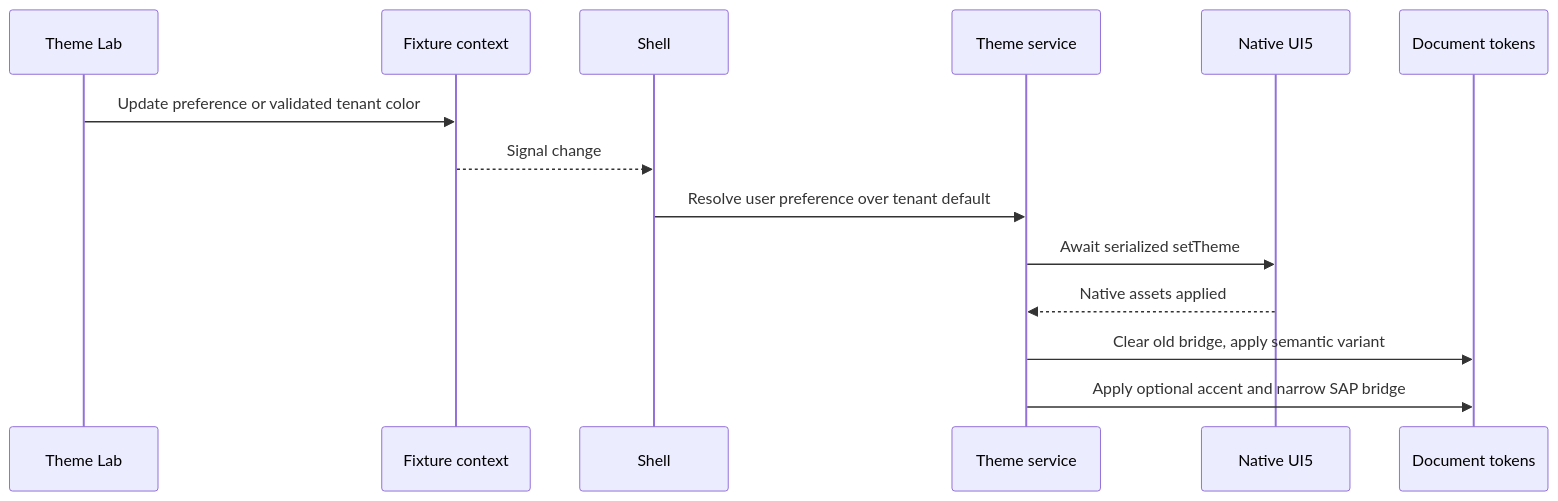
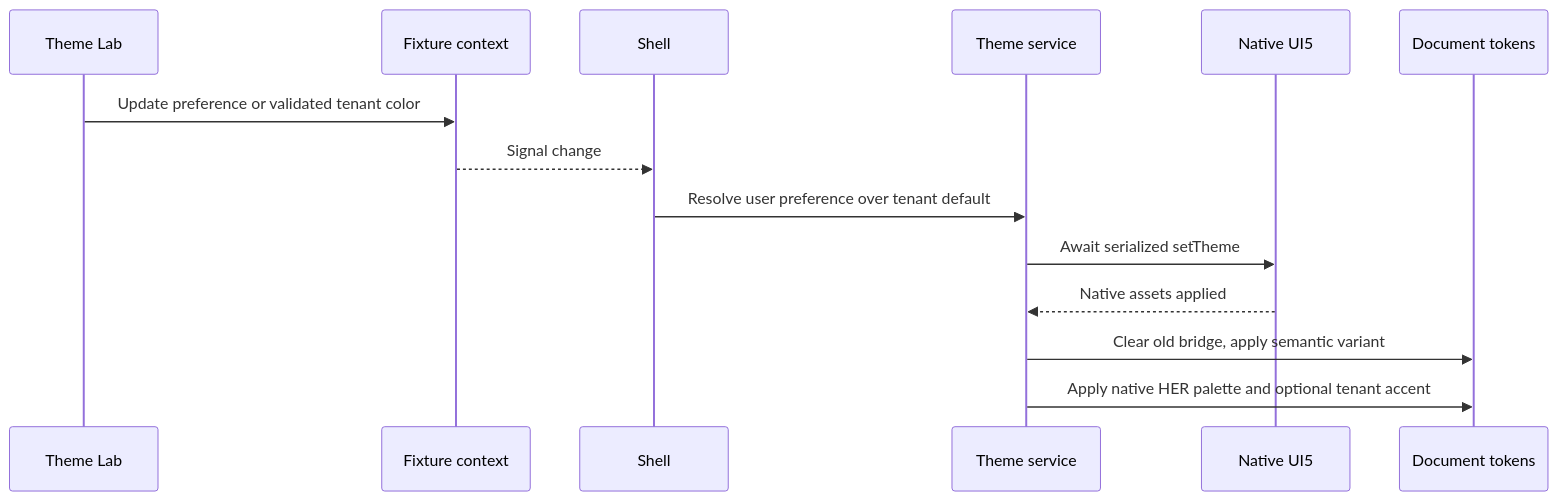
Before and after one commit to alarhoo/empflowyee: the second of 2 diagrams in docs/hcm/architecture/shell/README.md, drawn with Mermaid. The commit also changed other lines of this file and 38 other files, not shown here.

````diff
--- a/docs/hcm/architecture/shell/README.md
+++ b/docs/hcm/architecture/shell/README.md
@@ -65,16 +65,16 @@
 ```mermaid
 sequenceDiagram
     participant Lab as Theme Lab
     participant Context as Fixture context
     participant Shell as Shell
     participant Theme as Theme service
     participant UI5 as Native UI5
     participant DOM as Document tokens
     Lab->>Context: Update preference or validated tenant color
     Context-->>Shell: Signal change
     Shell->>Theme: Resolve user preference over tenant default
     Theme->>UI5: Await serialized setTheme
     UI5-->>Theme: Native assets applied
     Theme->>DOM: Clear old bridge, apply semantic variant
-    Theme->>DOM: Apply optional accent and narrow SAP bridge
+    Theme->>DOM: Apply native HER palette and optional tenant accent
 ```
````
